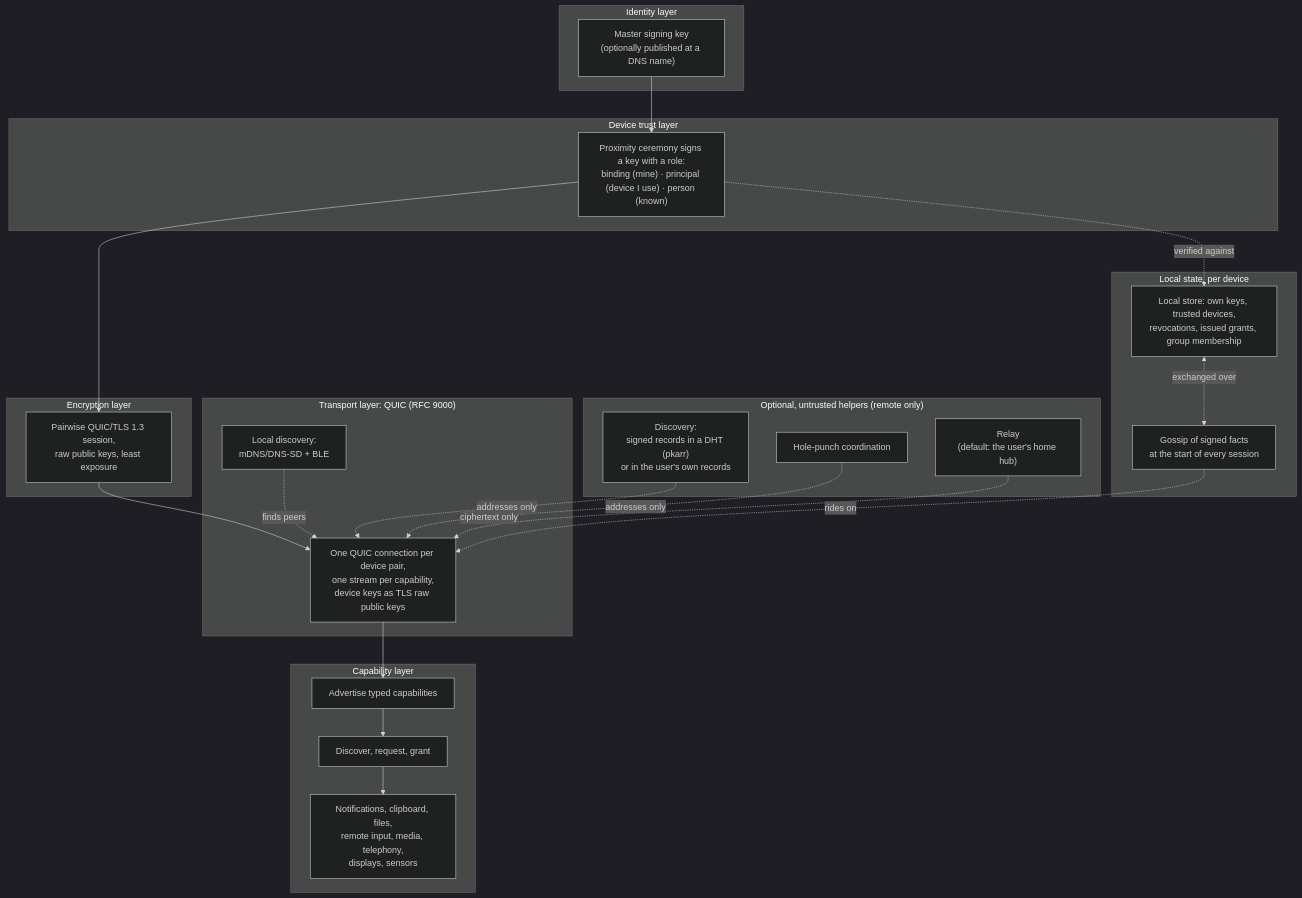
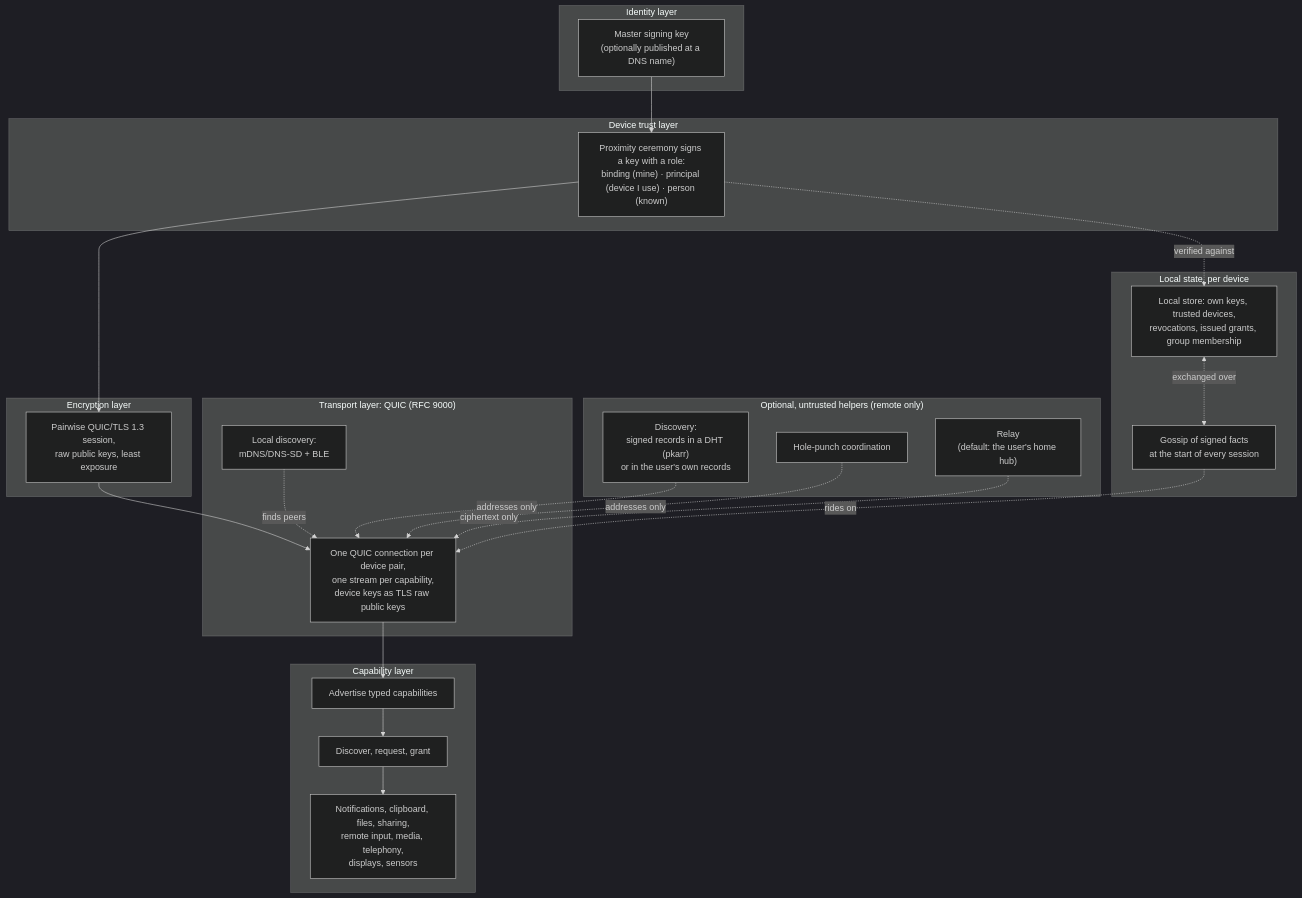
The diagram in README.md (garth/ligature-protocol), drawn with Mermaid (dark theme) before and after one commit. The commit also changed other lines of this file and 14 other files, not shown here.

````diff
--- a/README.md
+++ b/README.md
@@ -41,45 +43,45 @@
 ```mermaid
 flowchart TB
     subgraph Identity["Identity layer"]
         KEY["Master signing key<br/>(optionally published at a DNS name)"]
     end
 
     subgraph Trust["Device trust layer"]
         XS["Proximity ceremony signs a key with a role:<br/>binding (mine) · principal (device I use) · person (known)"]
     end
 
     subgraph Crypto["Encryption layer"]
         SESSION["Pairwise QUIC/TLS 1.3 session,<br/>raw public keys, least exposure"]
     end
 
     subgraph Transport["Transport layer: QUIC (RFC 9000)"]
         QUIC["One QUIC connection per device pair,<br/>one stream per capability,<br/>device keys as TLS raw public keys"]
         LAN["Local discovery:<br/>mDNS/DNS-SD + BLE"]
     end
 
     subgraph Helpers["Optional, untrusted helpers (remote only)"]
         DISC["Discovery:<br/>signed records in a DHT (pkarr)<br/>or in the user's own records"]
         PUNCH["Hole-punch coordination"]
         RELAY["Relay<br/>(default: the user's home hub)"]
     end
 
     subgraph Caps["Capability layer"]
         ADV["Advertise typed capabilities"]
         GRANT["Discover, request, grant"]
-        USE["Notifications, clipboard, files,<br/>remote input, media, telephony,<br/>displays, sensors"]
+        USE["Notifications, clipboard, files, sharing,<br/>remote input, media, telephony,<br/>displays, sensors"]
     end
 
     subgraph State["Local state, per device"]
         STORE["Local store: own keys, trusted devices,<br/>revocations, issued grants, group membership"]
         GOSSIP["Gossip of signed facts<br/>at the start of every session"]
     end
 
     KEY --> XS --> SESSION --> QUIC --> ADV --> GRANT --> USE
     LAN -. "finds peers" .-> QUIC
     DISC -. "addresses only" .-> QUIC
     PUNCH -. "addresses only" .-> QUIC
     RELAY -. "ciphertext only" .-> QUIC
     XS -. "verified against" .-> STORE
     STORE <-. "exchanged over" .-> GOSSIP
     GOSSIP -. "rides on" .-> QUIC
 ```
````
